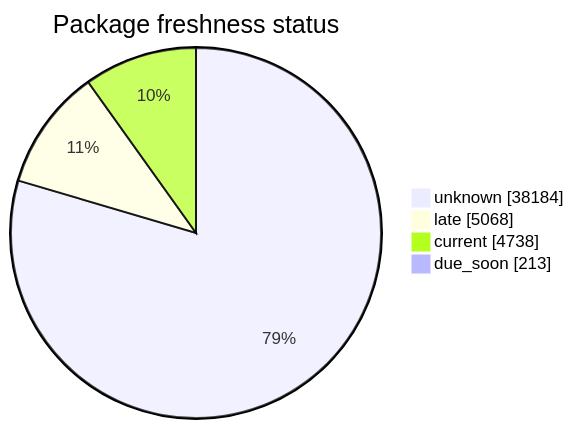
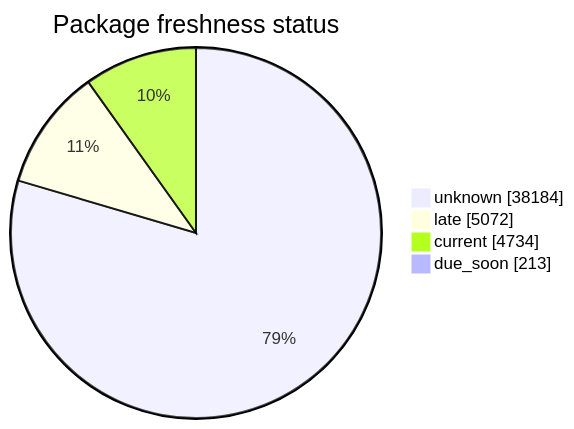
Before and after one commit to open-data/analytics-corporate-reporting: the second of 5 diagrams in FreshCheck/README.md, drawn with Mermaid. The commit also changed other lines of this file and 3 other files, not shown here.

````diff
--- a/FreshCheck/README.md
+++ b/FreshCheck/README.md
@@ -68,7 +68,7 @@
 ```mermaid
 pie showData title Package freshness status
     "unknown": 38184
-    "late": 5068
-    "current": 4738
+    "late": 5072
+    "current": 4734
     "due_soon": 213
 ```
````
